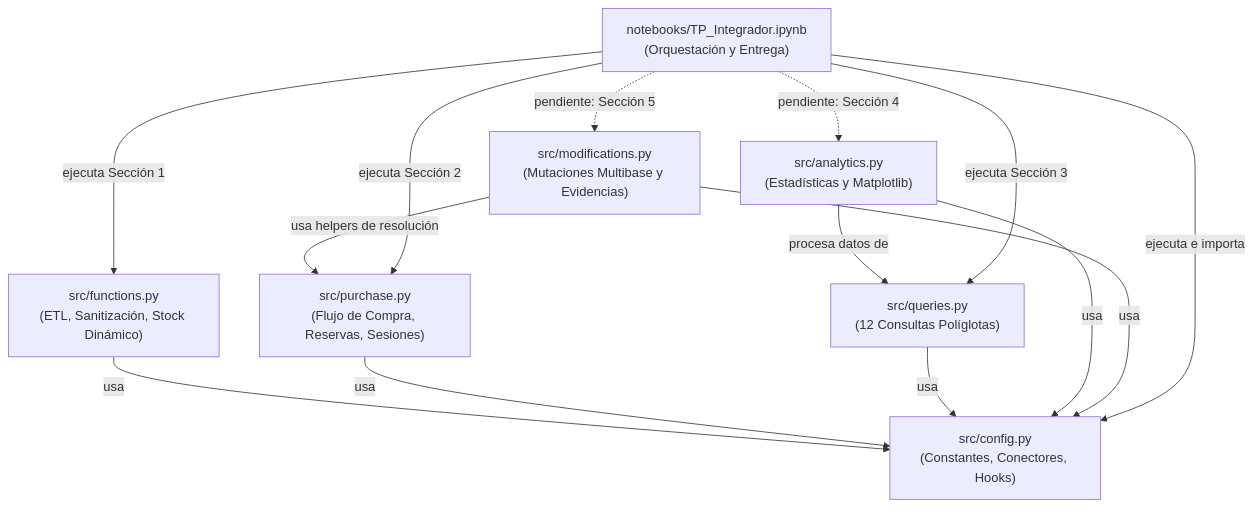
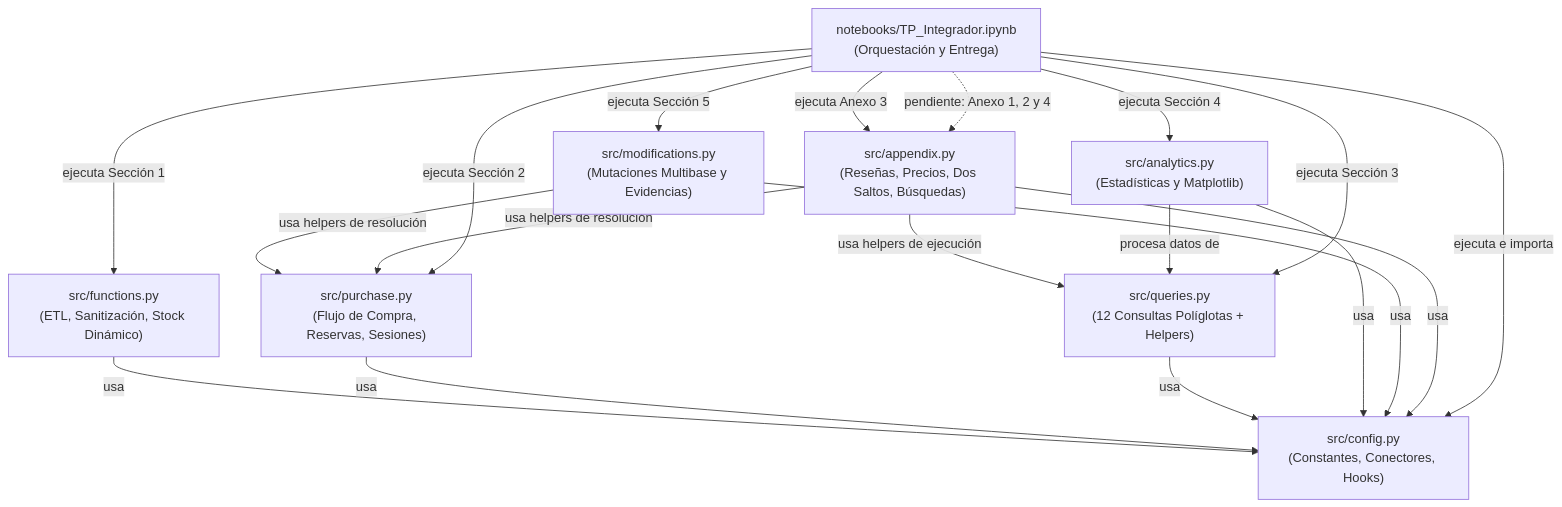
Before and after one commit to agustin-antimi/base_de_datos_trabajo_integrador: the diagram in module_overview.md, drawn with Mermaid. The commit also changed other lines of this file and 1 other file, not shown here.

Commit message:
docs: sincronizar module_overview y task con appendix.py y requerimientos del anexo

````diff
--- a/module_overview.md
+++ b/module_overview.md
@@ -234,25 +267,32 @@
 ```mermaid
 graph TD
     CFG["src/config.py\n(Constantes, Conectores, Hooks)"]
     FN["src/functions.py\n(ETL, Sanitización, Stock Dinámico)"]
     PC["src/purchase.py\n(Flujo de Compra, Reservas, Sesiones)"]
-    QR["src/queries.py\n(12 Consultas Políglotas)"]
+    QR["src/queries.py\n(12 Consultas Políglotas + Helpers)"]
     AN["src/analytics.py\n(Estadísticas y Matplotlib)"]
     MD["src/modifications.py\n(Mutaciones Multibase y Evidencias)"]
+    AP["src/appendix.py\n(Reseñas, Precios, Dos Saltos, Búsquedas)"]
     NB["notebooks/TP_Integrador.ipynb\n(Orquestación y Entrega)"]
 
     FN -->|usa| CFG
     PC -->|usa| CFG
     QR -->|usa| CFG
     AN -->|usa| CFG
     MD -->|usa| CFG
+    AP -->|usa| CFG
+
     MD -->|usa helpers de resolución| PC
+    AP -->|usa helpers de resolución| PC
+    AP -->|usa helpers de ejecución| QR
+    AN -->|procesa datos de| QR
 
-    AN -->|procesa datos de| QR
     NB -->|ejecuta e importa| CFG
     NB -->|ejecuta Sección 1| FN
     NB -->|ejecuta Sección 2| PC
     NB -->|ejecuta Sección 3| QR
-    NB -.->|pendiente: Sección 4| AN
-    NB -.->|pendiente: Sección 5| MD
+    NB -->|ejecuta Sección 4| AN
+    NB -->|ejecuta Sección 5| MD
+    NB -->|ejecuta Anexo 3| AP
+    NB -.->|pendiente: Anexo 1, 2 y 4| AP
 ```
````
